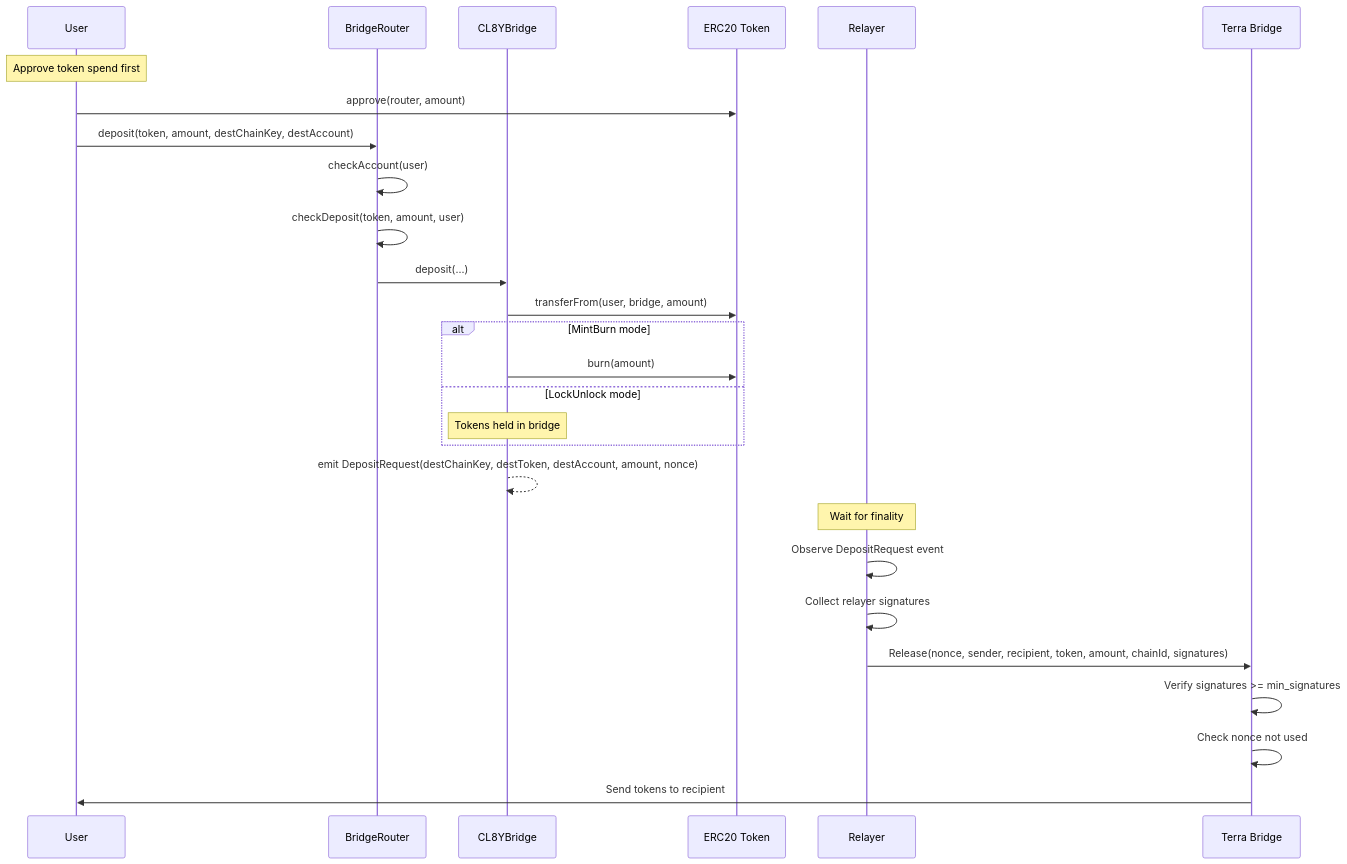
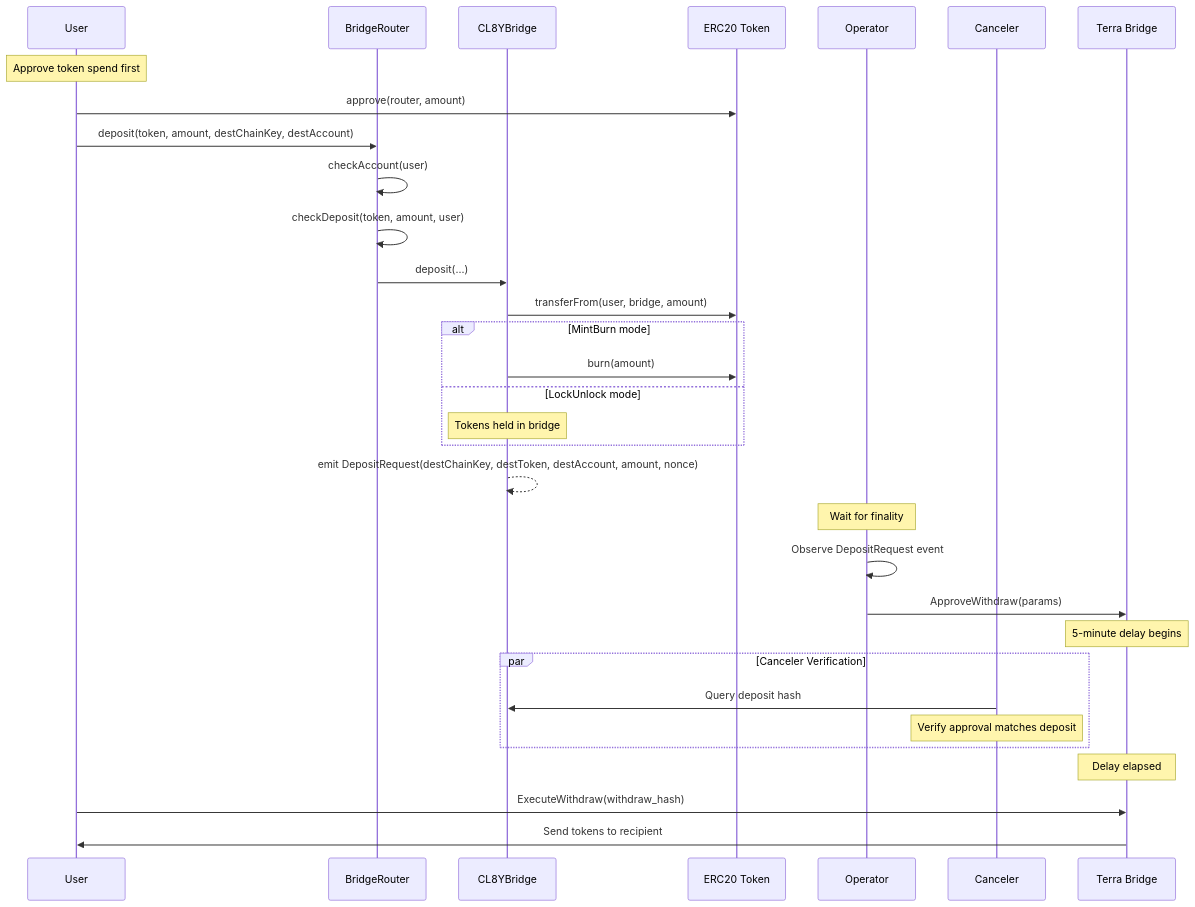
One commit to PlasticDigits/cl8y-bridge-monorepo changed the first of 4 diagrams in docs/crosschain-flows.md. Above: the diagram before and after it, drawn with Mermaid. The commit also changed other lines of this file and 130 other files, not shown here.

````diff
--- a/docs/crosschain-flows.md
+++ b/docs/crosschain-flows.md
@@ -9,38 +9,45 @@
 ```mermaid
 sequenceDiagram
     participant User
     participant Router as BridgeRouter
     participant Bridge as CL8YBridge
     participant Token as ERC20 Token
-    participant Relayer
+    participant Operator
+    participant Canceler
     participant Terra as Terra Bridge
 
     Note over User: Approve token spend first
     User->>Token: approve(router, amount)
 
     User->>Router: deposit(token, amount, destChainKey, destAccount)
     Router->>Router: checkAccount(user)
     Router->>Router: checkDeposit(token, amount, user)
     Router->>Bridge: deposit(...)
 
     Bridge->>Token: transferFrom(user, bridge, amount)
 
     alt MintBurn mode
         Bridge->>Token: burn(amount)
     else LockUnlock mode
         Note over Bridge: Tokens held in bridge
     end
 
     Bridge-->>Bridge: emit DepositRequest(destChainKey, destToken, destAccount, amount, nonce)
 
-    Note over Relayer: Wait for finality
+    Note over Operator: Wait for finality
 
-    Relayer->>Relayer: Observe DepositRequest event
-    Relayer->>Relayer: Collect relayer signatures
+    Operator->>Operator: Observe DepositRequest event
+    Operator->>Terra: ApproveWithdraw(params)
 
-    Relayer->>Terra: Release(nonce, sender, recipient, token, amount, chainId, signatures)
+    Note over Terra: 5-minute delay begins
+    
+    par Canceler Verification
+        Canceler->>Bridge: Query deposit hash
+        Note over Canceler: Verify approval matches deposit
+    end
 
-    Terra->>Terra: Verify signatures >= min_signatures
-    Terra->>Terra: Check nonce not used
+    Note over Terra: Delay elapsed
+
+    User->>Terra: ExecuteWithdraw(withdraw_hash)
     Terra->>User: Send tokens to recipient
 ```
````
